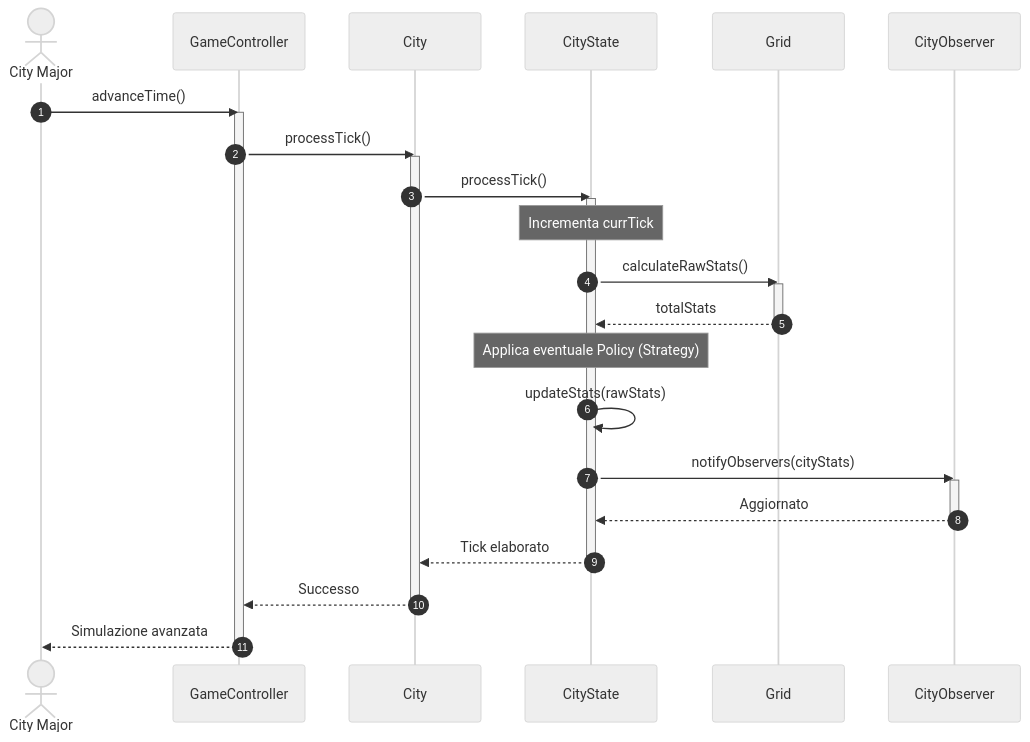
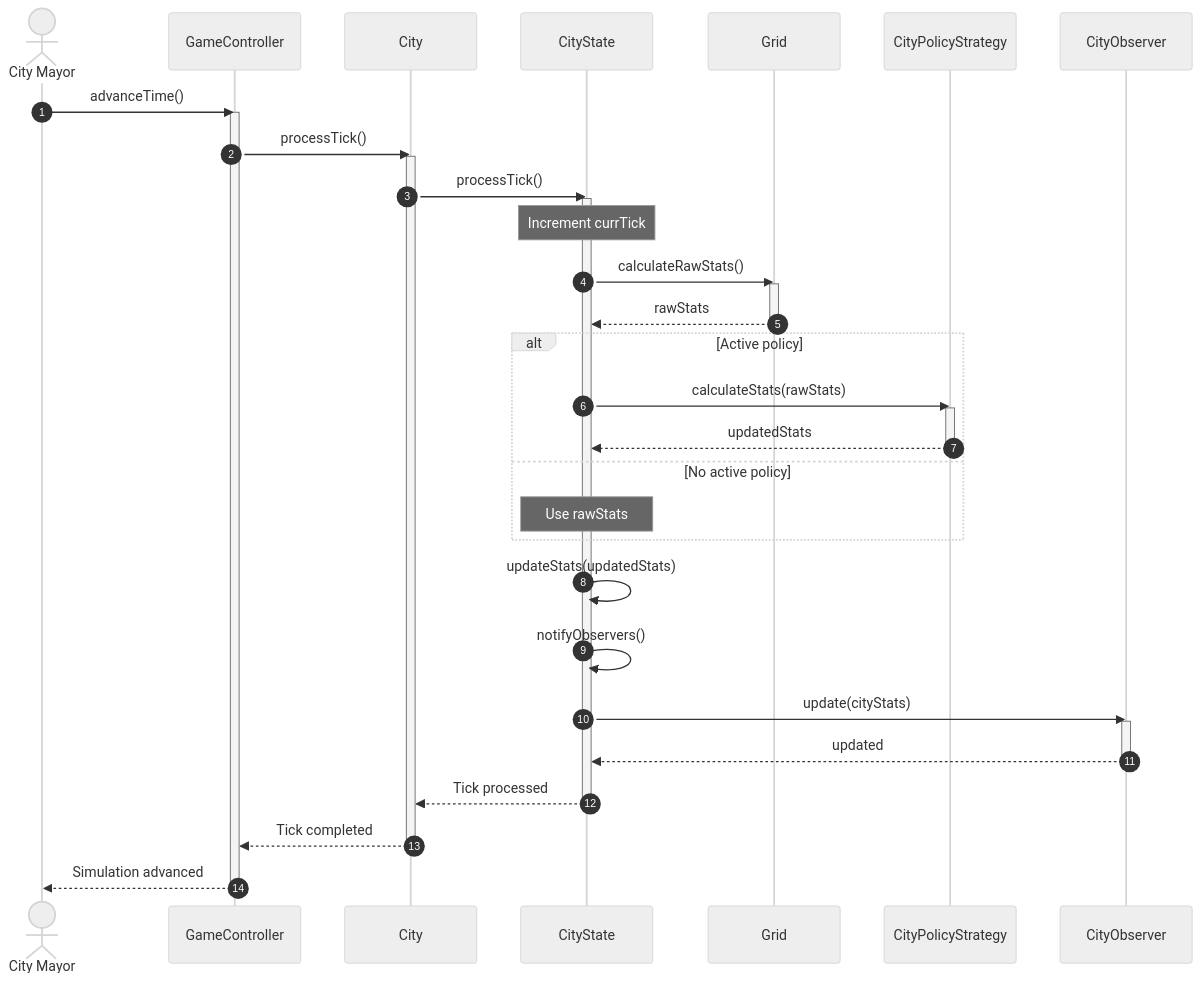
One commit to andreatoson3-netizen/Amatriciana changed the diagram in docs/INTERNAL-SEQUENCE-DIAGRAM/isd-advance-simulation(Tick).md. Above: the diagram before and after it, drawn with Mermaid (neutral theme).

````diff
--- a/docs/INTERNAL-SEQUENCE-DIAGRAM/isd-advance-simulation(Tick).md
+++ b/docs/INTERNAL-SEQUENCE-DIAGRAM/isd-advance-simulation(Tick).md
@@ -2,37 +2,53 @@
 ```mermaid
 sequenceDiagram
     autonumber
-    actor Utente as City Major 
+    actor Mayor as City Mayor
     participant GC as GameController
     participant City as City
     participant CS as CityState
     participant Grid as Grid
+    participant Policy as CityPolicyStrategy
     participant Obs as CityObserver
 
-    Utente->>GC: advanceTime()
+    Mayor->>GC: advanceTime()
     activate GC
+
     GC->>City: processTick()
     activate City
+
     City->>CS: processTick()
     activate CS
-    
-    Note over CS: Incrementa currTick
+
+    Note over CS: Increment currTick
+
     CS->>Grid: calculateRawStats()
     activate Grid
-    Grid-->>CS: totalStats
+    Grid-->>CS: rawStats
     deactivate Grid
-    
-    Note over CS: Applica eventuale Policy (Strategy)
-    CS->>CS: updateStats(rawStats)
-    CS->>Obs: notifyObservers(cityStats)
+
+    alt Active policy
+        CS->>Policy: calculateStats(rawStats)
+        activate Policy
+        Policy-->>CS: updatedStats
+        deactivate Policy
+    else No active policy
+        Note over CS: Use rawStats
+    end
+
+    CS->>CS: updateStats(updatedStats)
+    CS->>CS: notifyObservers()
+
+    CS->>Obs: update(cityStats)
     activate Obs
-    Obs-->>CS: Aggiornato
+    Obs-->>CS: updated
     deactivate Obs
-    
-    CS-->>City: Tick elaborato
+
+    CS-->>City: Tick processed
     deactivate CS
-    City-->>GC: Successo
+
+    City-->>GC: Tick completed
     deactivate City
-    GC-->>Utente: Simulazione avanzata
+
+    GC-->>Mayor: Simulation advanced
     deactivate GC
 ```
````
